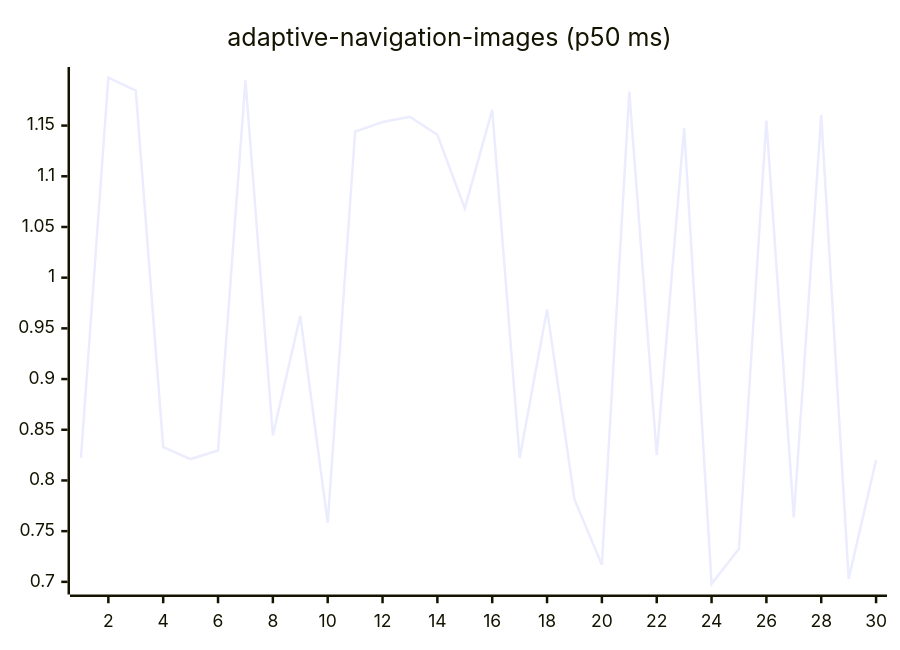
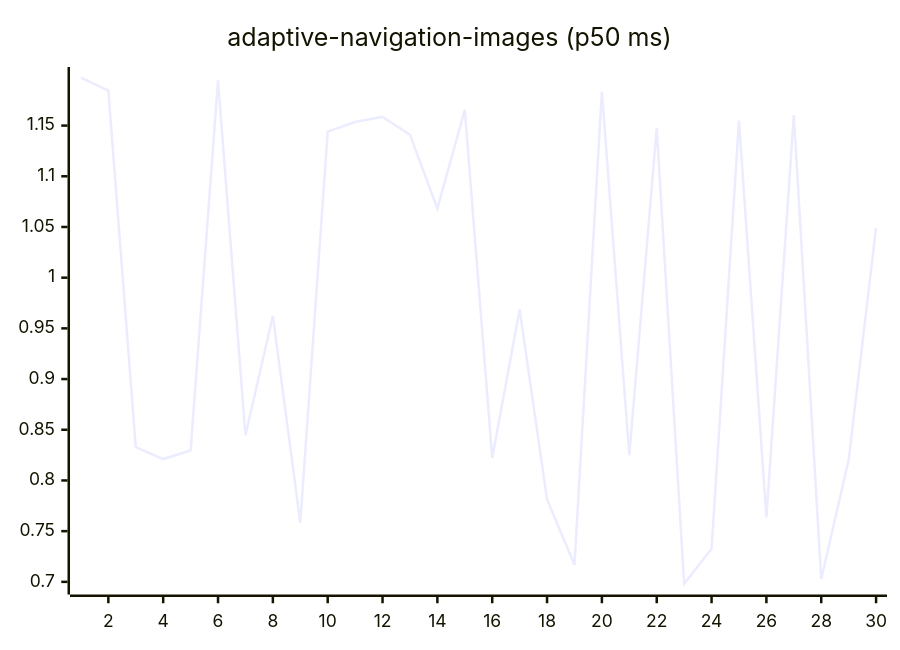
Before and after one commit to josha/Facet: the first of 27 diagrams in README.md, drawn with Mermaid. The commit also changed other lines of this file and 2 other files, not shown here.

````diff
--- a/README.md
+++ b/README.md
@@ -63,6 +63,6 @@
 ```mermaid
 xychart-beta
     title "adaptive-navigation-images (p50 ms)"
     x-axis 1 --> 30
-    line [0.8224, 1.1973, 1.1845, 0.8328, 0.8211, 0.8295, 1.1947, 0.8446, 0.9624, 0.7583, 1.1441, 1.1535, 1.1586, 1.1410, 1.0683, 1.1655, 0.8222, 0.9687, 0.7812, 0.7168, 1.1836, 0.8250, 1.1478, 0.6980, 0.7325, 1.1549, 0.7635, 1.1603, 0.7028, 0.8201]
+    line [1.1973, 1.1845, 0.8328, 0.8211, 0.8295, 1.1947, 0.8446, 0.9624, 0.7583, 1.1441, 1.1535, 1.1586, 1.1410, 1.0683, 1.1655, 0.8222, 0.9687, 0.7812, 0.7168, 1.1836, 0.8250, 1.1478, 0.6980, 0.7325, 1.1549, 0.7635, 1.1603, 0.7028, 0.8201, 1.0494]
 ```
````
